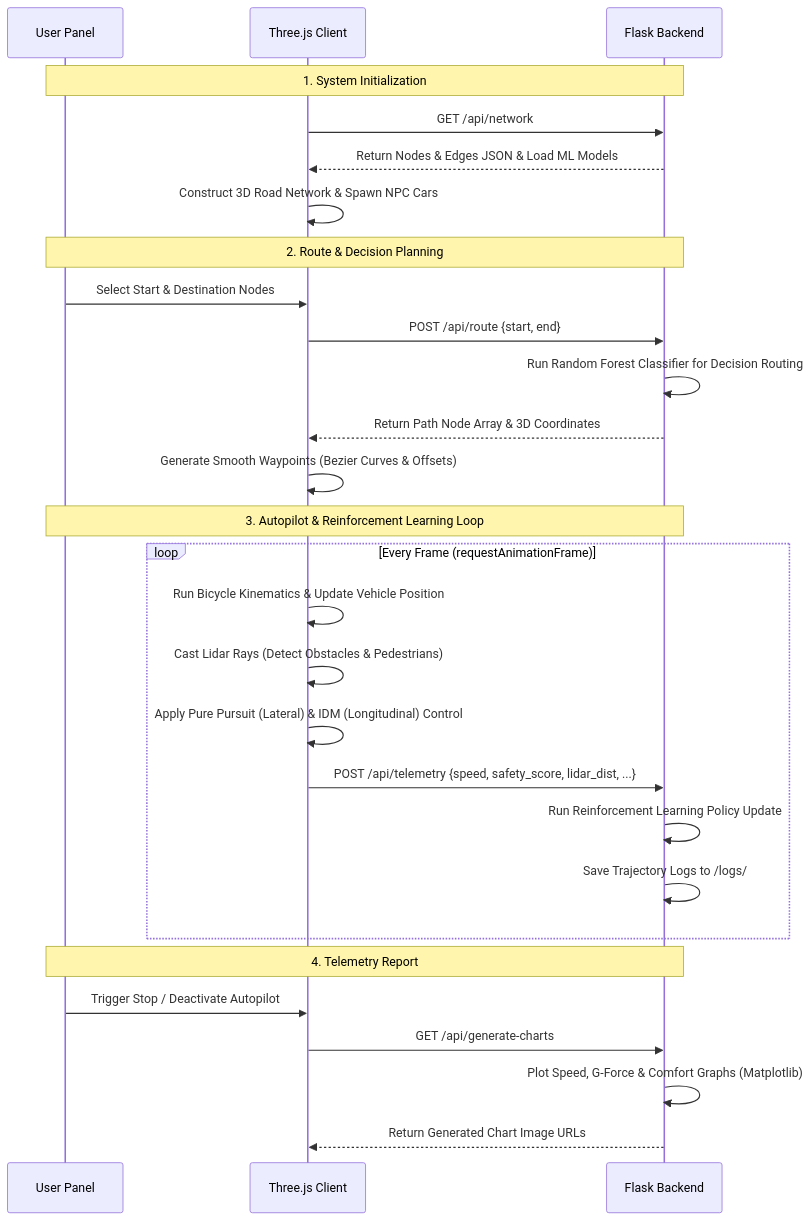
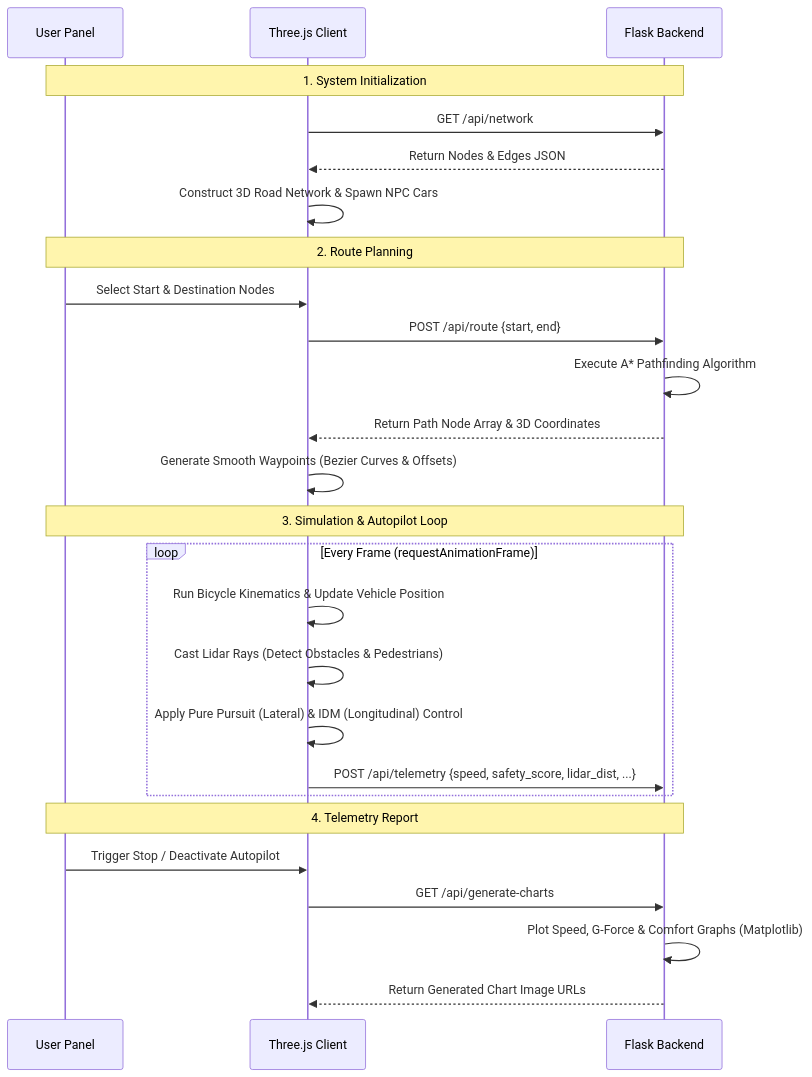
The first of 6 diagrams in README.md (Debarshi-IT/Final-Year-Main-Project), drawn with Mermaid before and after one commit. The commit also changed other lines of this file, not shown here.

````diff
--- a/README.md
+++ b/README.md
@@ -265,34 +263,32 @@
 ```mermaid
 sequenceDiagram
     participant User as User Panel
     participant Client as Three.js Client
     participant Server as Flask Backend
     
     Note over User, Server: 1. System Initialization
     Client->>Server: GET /api/network
-    Server-->>Client: Return Nodes & Edges JSON & Load ML Models
+    Server-->>Client: Return Nodes & Edges JSON
     Client->>Client: Construct 3D Road Network & Spawn NPC Cars
 
-    Note over User, Server: 2. Route & Decision Planning
+    Note over User, Server: 2. Route Planning
     User->>Client: Select Start & Destination Nodes
     Client->>Server: POST /api/route {start, end}
-    Server->>Server: Run Random Forest Classifier for Decision Routing
+    Server->>Server: Execute A* Pathfinding Algorithm
     Server-->>Client: Return Path Node Array & 3D Coordinates
     Client->>Client: Generate Smooth Waypoints (Bezier Curves & Offsets)
 
-    Note over User, Server: 3. Autopilot & Reinforcement Learning Loop
+    Note over User, Server: 3. Simulation & Autopilot Loop
     loop Every Frame (requestAnimationFrame)
         Client->>Client: Run Bicycle Kinematics & Update Vehicle Position
         Client->>Client: Cast Lidar Rays (Detect Obstacles & Pedestrians)
         Client->>Client: Apply Pure Pursuit (Lateral) & IDM (Longitudinal) Control
         Client->>Server: POST /api/telemetry {speed, safety_score, lidar_dist, ...}
-        Server->>Server: Run Reinforcement Learning Policy Update
-        Server->>Server: Save Trajectory Logs to /logs/
     end
 
     Note over User, Server: 4. Telemetry Report
     User->>Client: Trigger Stop / Deactivate Autopilot
     Client->>Server: GET /api/generate-charts
     Server->>Server: Plot Speed, G-Force & Comfort Graphs (Matplotlib)
     Server-->>Client: Return Generated Chart Image URLs
 ```
````
